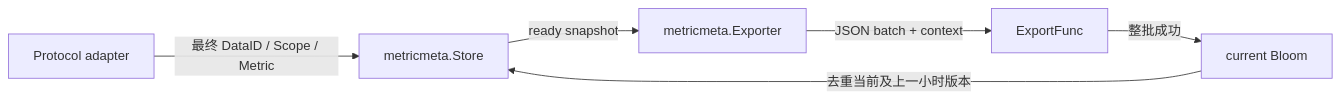
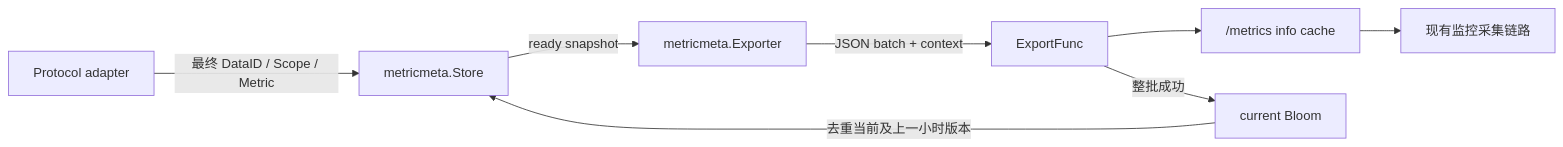
Before and after one commit to ZhuoZhuoCrayon/ai-workspace: the diagram in knowledge/bkmonitor-datalink/issues/2026-09-15-collector-metric-metadata/PLAN.md, drawn with Mermaid. The commit also changed other lines of this file and 6 other files, not shown here.

````diff
--- a/knowledge/bkmonitor-datalink/issues/2026-09-15-collector-metric-metadata/PLAN.md
+++ b/knowledge/bkmonitor-datalink/issues/2026-09-15-collector-metric-metadata/PLAN.md
@@ -32,8 +32,10 @@
 ```mermaid
 flowchart LR
     Protocol["Protocol adapter"] -->|"最终 DataID / Scope / Metric"| Store["metricmeta.Store"]
     Store -->|"ready snapshot"| Exporter["metricmeta.Exporter"]
     Exporter -->|"JSON batch + context"| ExportFunc["ExportFunc"]
+    ExportFunc --> Info["/metrics info cache"]
+    Info --> Scraper["现有监控采集链路"]
     ExportFunc -->|"整批成功"| Bloom["current Bloom"]
     Bloom -->|"去重当前及上一小时版本"| Store
 ```
````
